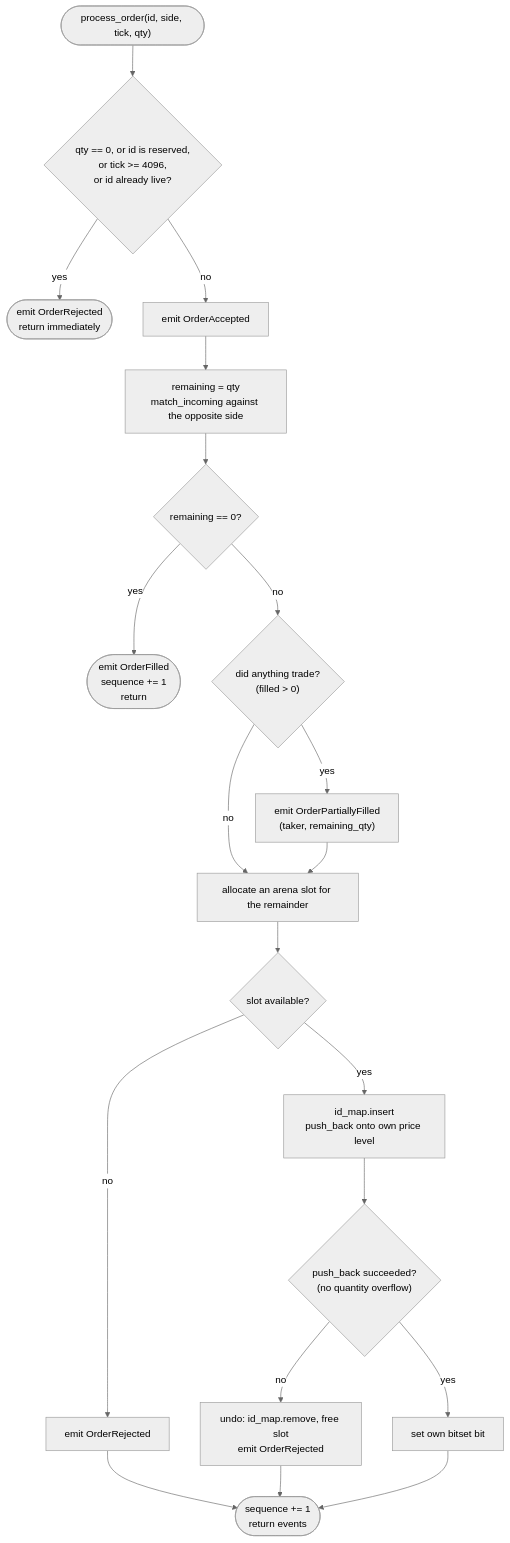
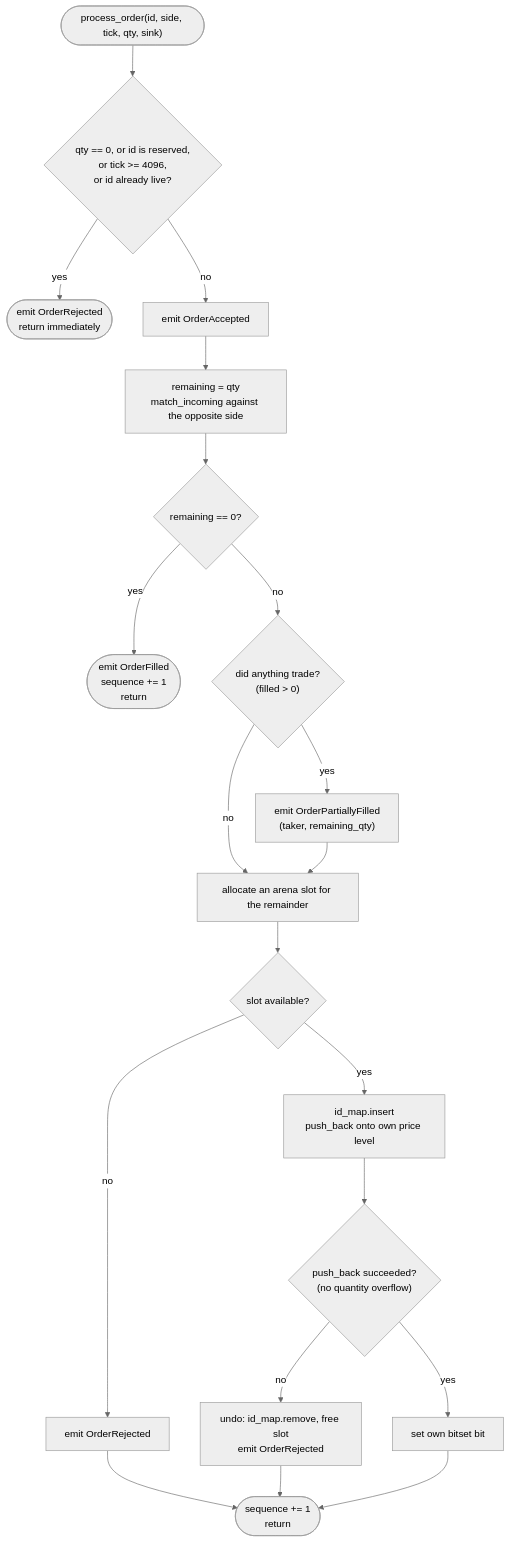
The first of 2 diagrams in docs/06-matching-algorithm.md (daohainam/rust-matching-engine), drawn with Mermaid (neutral theme) before and after one commit. The commit also changed other lines of this file, not shown here.

First line of the commit message:
docs(ch06): walk through the sink-based matching code

````diff
--- a/docs/06-matching-algorithm.md
+++ b/docs/06-matching-algorithm.md
@@ -37,22 +43,22 @@
 ```mermaid
 flowchart TD
-    A(["process_order(id, side, tick, qty)"]) --> B{"qty == 0, or id is reserved,<br/>or tick >= 4096,<br/>or id already live?"}
+    A(["process_order(id, side, tick, qty, sink)"]) --> B{"qty == 0, or id is reserved,<br/>or tick >= 4096,<br/>or id already live?"}
     B -- yes --> R(["emit OrderRejected<br/>return immediately"])
     B -- no --> C["emit OrderAccepted"]
     C --> D["remaining = qty<br/>match_incoming against the opposite side"]
     D --> E{"remaining == 0?"}
     E -- yes --> F(["emit OrderFilled<br/>sequence += 1<br/>return"])
     E -- no --> G{"did anything trade?<br/>(filled > 0)"}
     G -- yes --> H["emit OrderPartiallyFilled<br/>(taker, remaining_qty)"]
     G -- no --> I
     H --> I["allocate an arena slot for the remainder"]
     I --> J{"slot available?"}
     J -- no --> K["emit OrderRejected"]
     J -- yes --> L["id_map.insert<br/>push_back onto own price level"]
     L --> M{"push_back succeeded?<br/>(no quantity overflow)"}
     M -- no --> N["undo: id_map.remove, free slot<br/>emit OrderRejected"]
     M -- yes --> O["set own bitset bit"]
-    K --> P(["sequence += 1<br/>return events"])
+    K --> P(["sequence += 1<br/>return"])
     N --> P
     O --> P
 ```
````
